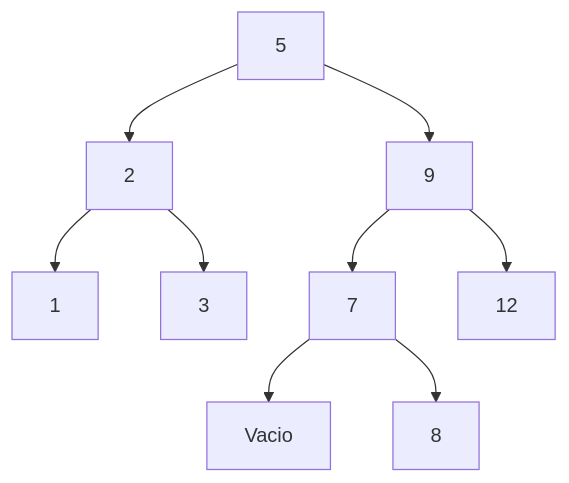
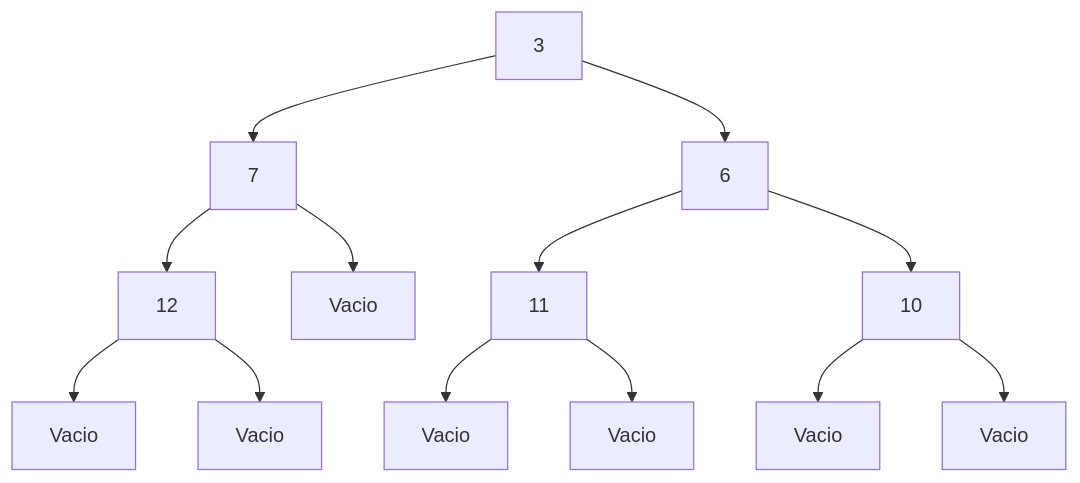
One commit to mariferbarrios6556/Estructura-Discretas changed the second of 5 diagrams in estructuras-discretas/practica6/README.md. Above: the diagram before and after it, drawn with Mermaid. The commit also changed other lines of this file, not shown here.

````diff
--- a/estructuras-discretas/practica6/README.md
+++ b/estructuras-discretas/practica6/README.md
@@ -29,11 +31,20 @@
 ```mermaid
-graph TB
-A[5] --> B[2]
-A --> C[9]
-B --> D[1]
-B --> E[3]
-C --> F[7]
-C --> G[12]
-F --> H[Vacio]
-F --> I[8]
+graph TD
+A[3] --> B[7]
+A --> C[6]
+
+B --> D[12]
+B --> E[Vacio]
+
+D --> F[Vacio]
+D --> G[Vacio]
+
+C --> H[11]
+C --> I[10]
+
+H --> J[Vacio]
+H --> K[Vacio]
+
+I --> L[Vacio]
+I --> M[Vacio]
 ```
````
